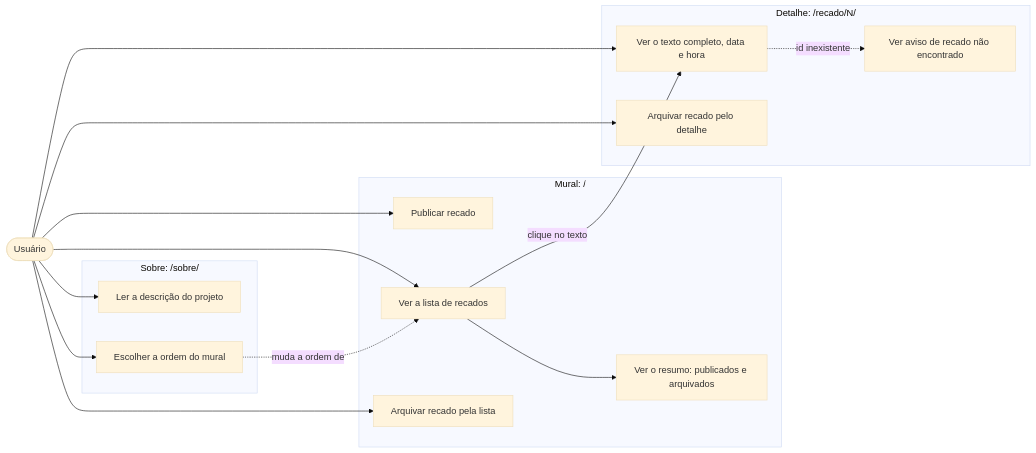
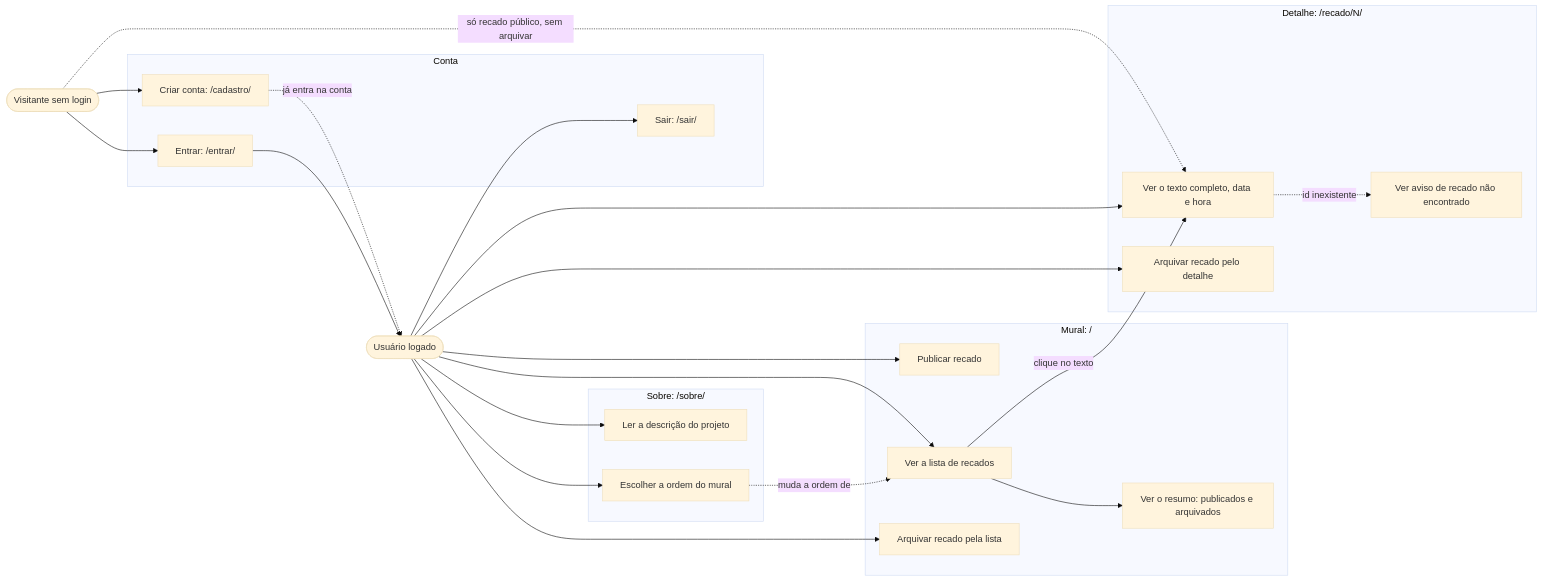
Before and after one commit to jacksongomesbr/uft-cc-dwm-mini-mural-django: the first of 11 diagrams in docs/funcionamento.md, drawn with Mermaid (base theme). The commit also changed other lines of this file and 6 other files, not shown here.

````diff
--- a/docs/funcionamento.md
+++ b/docs/funcionamento.md
@@ -33,34 +35,47 @@
 ```mermaid
 flowchart LR
-    U(["Usuário"])
+    V(["Visitante sem login"])
+    U(["Usuário logado"])
+
+    subgraph conta ["Conta"]
+        C1["Criar conta: /cadastro/"]
+        C2["Entrar: /entrar/"]
+        C3["Sair: /sair/"]
+    end
 
     subgraph mural ["Mural: /"]
         F1["Publicar recado"]
         F2["Ver a lista de recados"]
         F3["Ver o resumo: publicados e arquivados"]
         F4["Arquivar recado pela lista"]
     end
 
     subgraph detalhe ["Detalhe: /recado/N/"]
         F5["Ver o texto completo, data e hora"]
         F6["Arquivar recado pelo detalhe"]
         F7["Ver aviso de recado não encontrado"]
     end
 
     subgraph sobre ["Sobre: /sobre/"]
         F8["Ler a descrição do projeto"]
         F9["Escolher a ordem do mural"]
     end
 
+    V --> C1
+    V --> C2
+    V -. "só recado público, sem arquivar" .-> F5
+    C1 -. "já entra na conta" .-> U
+    C2 --> U
+    U --> C3
     U --> F1
     U --> F2
     U --> F4
     U --> F5
     U --> F6
     U --> F9
     F2 --> F3
     F2 -- "clique no texto" --> F5
     F5 -. "id inexistente" .-> F7
     F9 -. "muda a ordem de" .-> F2
     U --> F8
 ```
````
